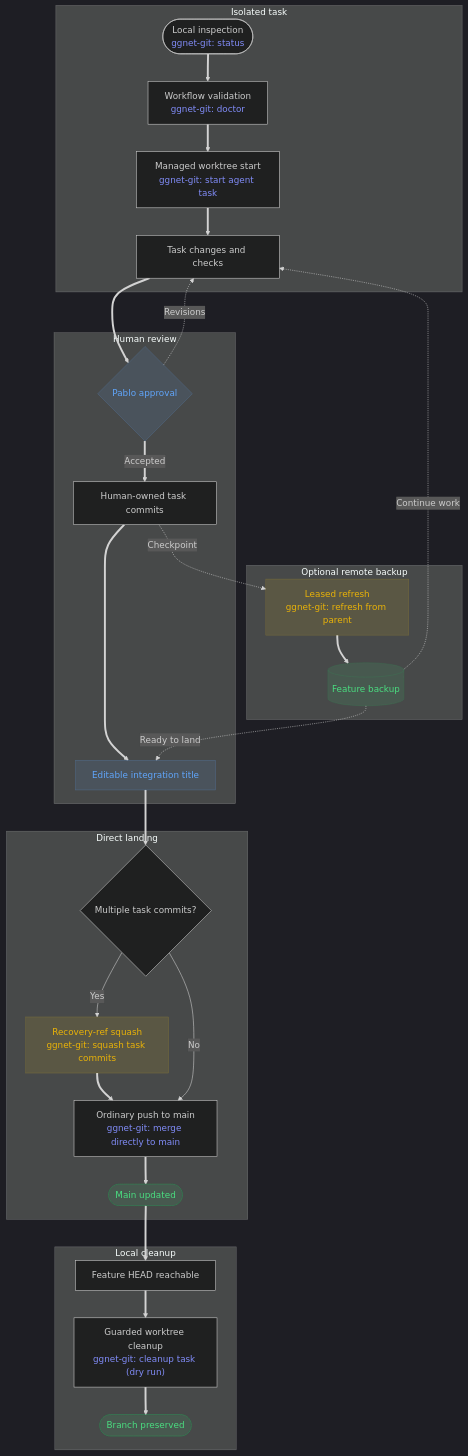
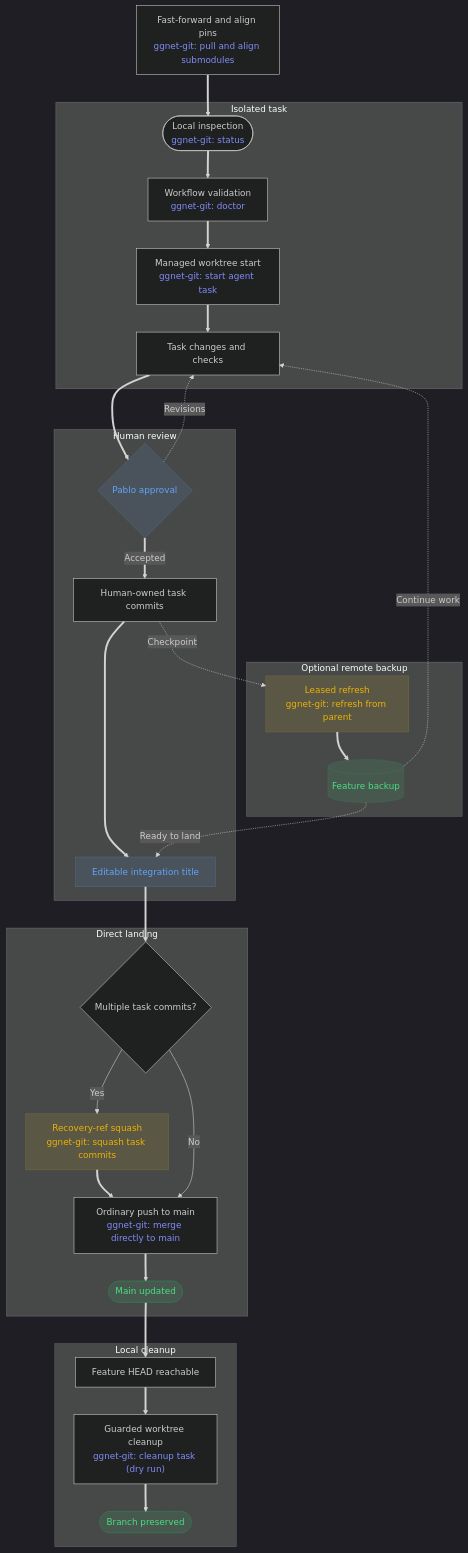
One commit to pablofrommars/GGNet changed the diagram in CONTRIBUTING.md. Above: the diagram before and after it, drawn with Mermaid. The commit also changed other lines of this file and 103 other files, not shown here.

Commit message:
Fix charting bugs, test and improve performance surfaced by codex audit

````diff
--- a/CONTRIBUTING.md
+++ b/CONTRIBUTING.md
@@ -67,56 +70,58 @@
 ```mermaid
 %%{init: {'theme':'dark'}}%%
 flowchart TD
+    pull["Fast-forward and align pins<br/><span style='color:#818cf8'>ggnet-git: pull and align submodules</span>"]
+    pull ==> status
     subgraph taskBoundary [Isolated task]
         status(["Local inspection<br/><span style='color:#818cf8'>ggnet-git: status</span>"])
         doctor["Workflow validation<br/><span style='color:#818cf8'>ggnet-git: doctor</span>"]
         start["Managed worktree start<br/><span style='color:#818cf8'>ggnet-git: start agent task</span>"]
         work[Task changes and checks]
         status ==> doctor
         doctor ==> start ==> work
     end
 
     subgraph humanBoundary [Human review]
         review{Pablo approval}
         commit[Human-owned task commits]
         title[Editable integration title]
         work ==> review
         review -.->|Revisions| work
         review ==>|Accepted| commit
         commit ==> title
     end
 
     subgraph backupBoundary [Optional remote backup]
         refresh["Leased refresh<br/><span style='color:#818cf8'>ggnet-git: refresh from parent</span>"]
         backup[(Feature backup)]
         commit -.->|Checkpoint| refresh ==> backup
         backup -.->|Continue work| work
         backup -.->|Ready to land| title
     end
 
     subgraph landingBoundary [Direct landing]
         squashChoice{Multiple task commits?}
         localSquash["Recovery-ref squash<br/><span style='color:#818cf8'>ggnet-git: squash task commits</span>"]
         merge["Ordinary push to main<br/><span style='color:#818cf8'>ggnet-git: merge directly to main</span>"]
         main([Main updated])
         title ==> squashChoice
         squashChoice -->|Yes| localSquash ==> merge
         squashChoice -->|No| merge
         merge ==> main
     end
 
     subgraph cleanupBoundary [Local cleanup]
         reachability[Feature HEAD reachable]
         cleanup["Guarded worktree cleanup<br/><span style='color:#818cf8'>ggnet-git: cleanup task (dry run)</span>"]
         branchPreserved([Branch preserved])
         main ==> reachability ==> cleanup ==> branchPreserved
     end
 
     class review,title blue
     class refresh,localSquash yellow
     class backup,main,branchPreserved green
 
     classDef blue fill:#60a5fa1a,stroke:#60a5fa4d,color:#60a5fa
     classDef yellow fill:#facc151a,stroke:#facc1533,color:#eab308
     classDef green fill:#4ade801a,stroke:#22c55e33,color:#4ade80
 ```
````
